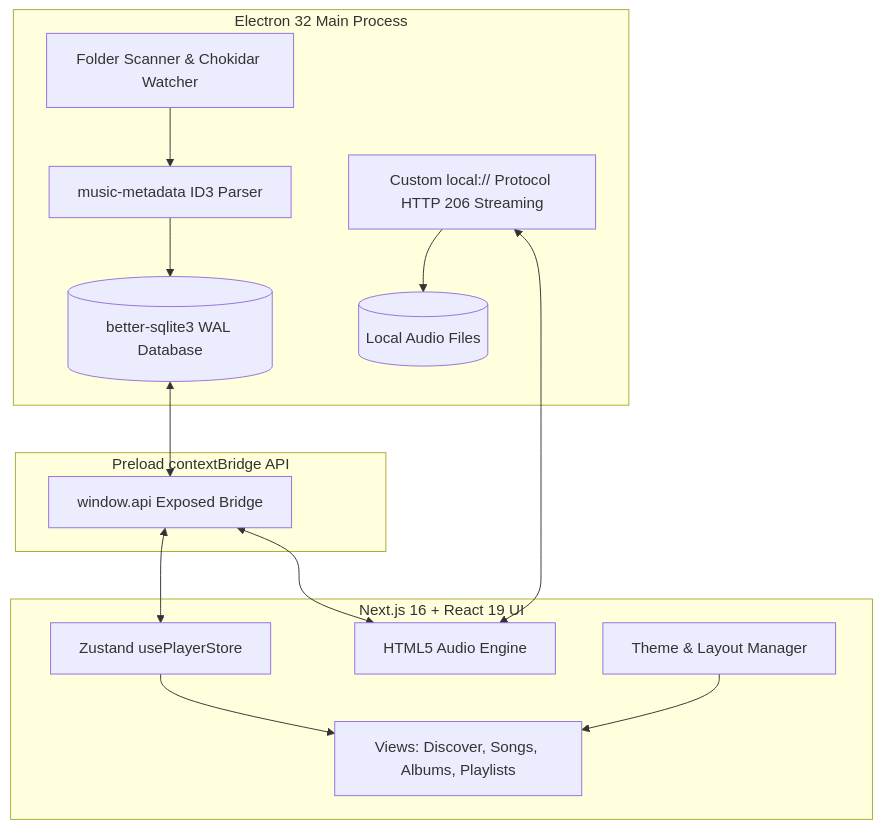
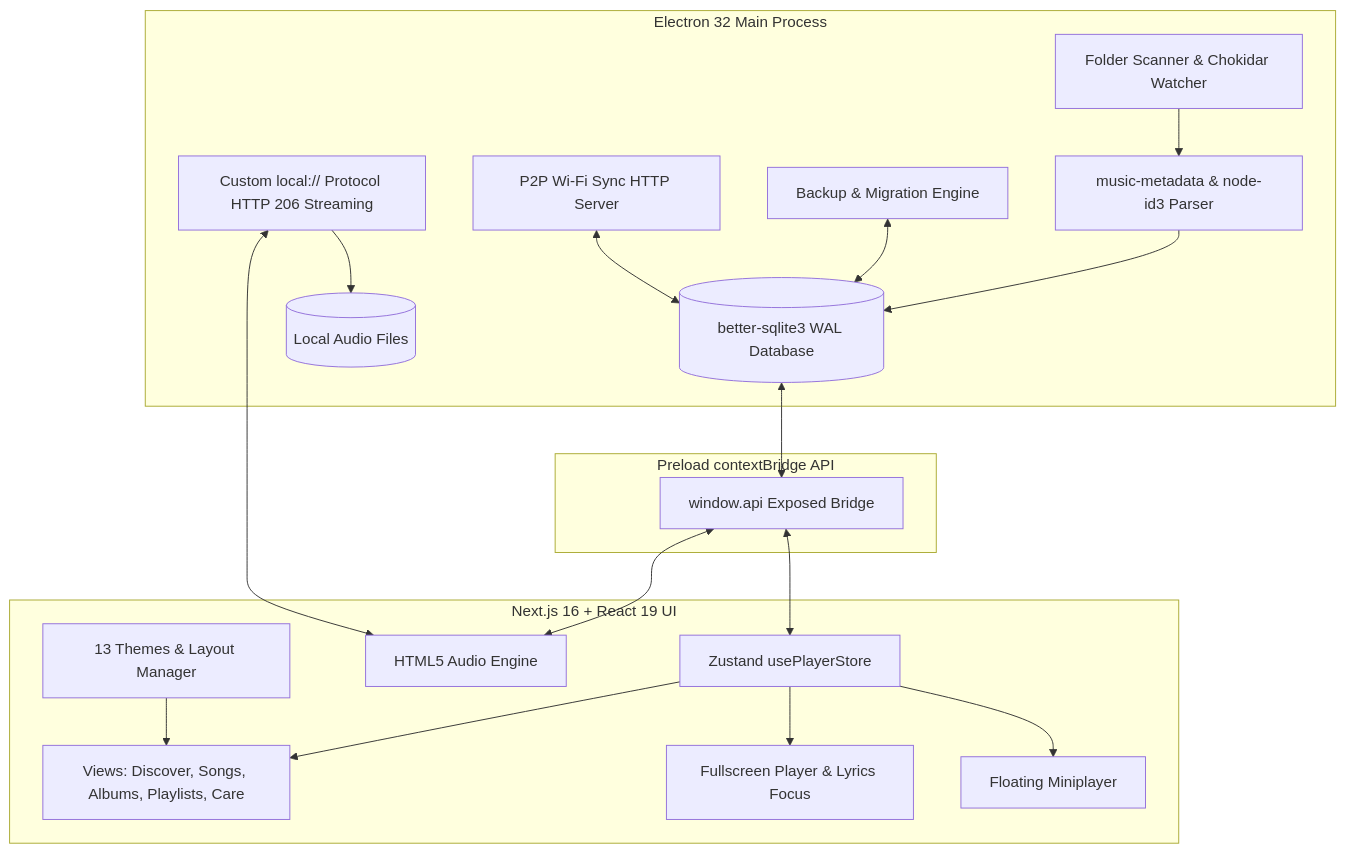
Before and after one commit to Gitnaseem745/overtune: the diagram in README.md, drawn with Mermaid. The commit also changed other lines of this file and 25 other files, not shown here.

````diff
--- a/README.md
+++ b/README.md
@@ -137,30 +241,39 @@
 ```mermaid
 graph TD
     subgraph Electron Main Process [Electron 32 Main Process]
         Scanner[Folder Scanner & Chokidar Watcher]
-        Metadata[music-metadata ID3 Parser]
+        Metadata[music-metadata & node-id3 Parser]
         SQLite[(better-sqlite3 WAL Database)]
         Protocol[Custom local:// Protocol HTTP 206 Streaming]
+        BackupEngine[Backup & Migration Engine]
+        SyncEngine[P2P Wi-Fi Sync HTTP Server]
+        
         Scanner --> Metadata --> SQLite
+        BackupEngine <--> SQLite
+        SyncEngine <--> SQLite
         Protocol --> LocalStorage[(Local Audio Files)]
     end
 
     subgraph IPC Security Layer [Preload contextBridge API]
         Bridge[window.api Exposed Bridge]
     end
 
     subgraph Next.js Renderer [Next.js 16 + React 19 UI]
         ZustandStore[Zustand usePlayerStore]
         AudioEngine[HTML5 Audio Engine]
-        UIComponents[Views: Discover, Songs, Albums, Playlists]
-        ThemeEngine[Theme & Layout Manager]
+        UIComponents[Views: Discover, Songs, Albums, Playlists, Care]
+        Fullscreen[Fullscreen Player & Lyrics Focus]
+        Mini[Floating Miniplayer]
+        ThemeEngine[13 Themes & Layout Manager]
         
         Bridge <--> ZustandStore
         Bridge <--> AudioEngine
         ZustandStore --> UIComponents
+        ZustandStore --> Fullscreen
+        ZustandStore --> Mini
         ThemeEngine --> UIComponents
     end
 
     SQLite <--> Bridge
     Protocol <--> AudioEngine
 ```
````
